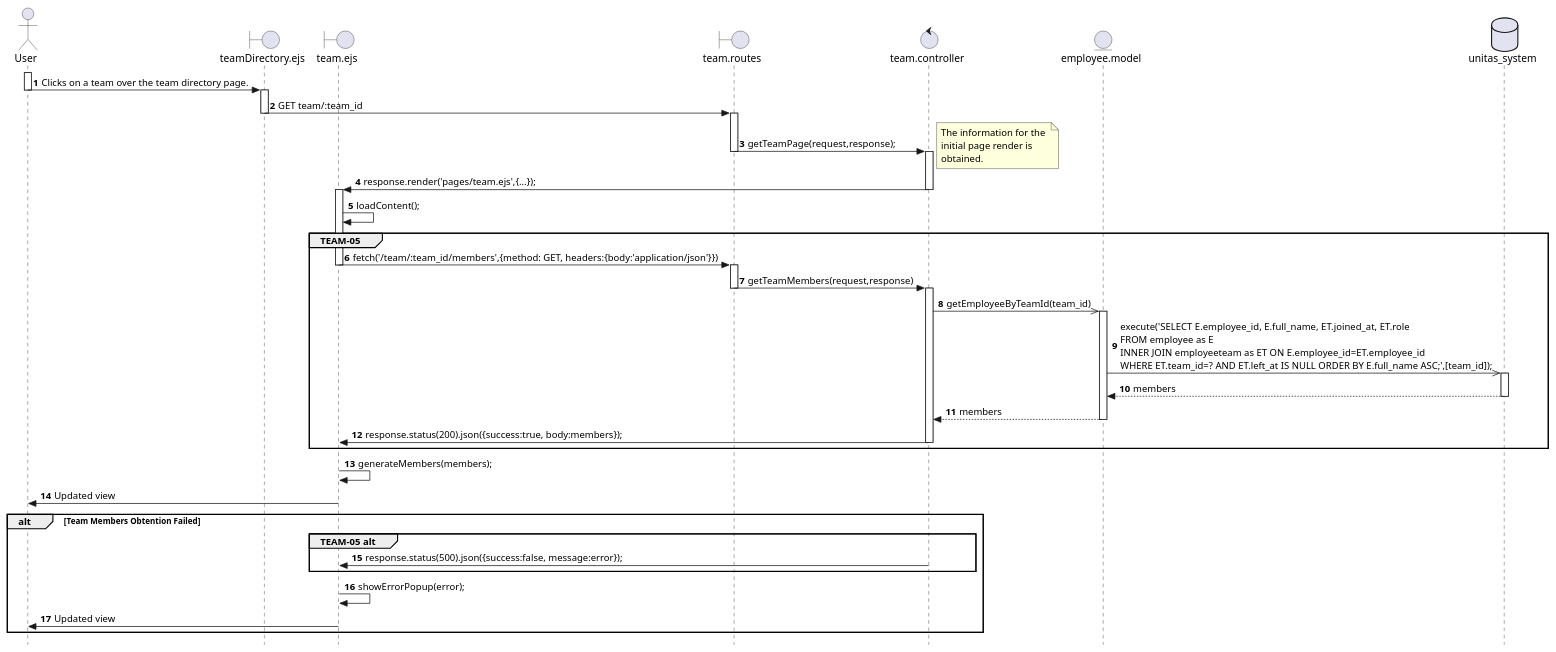
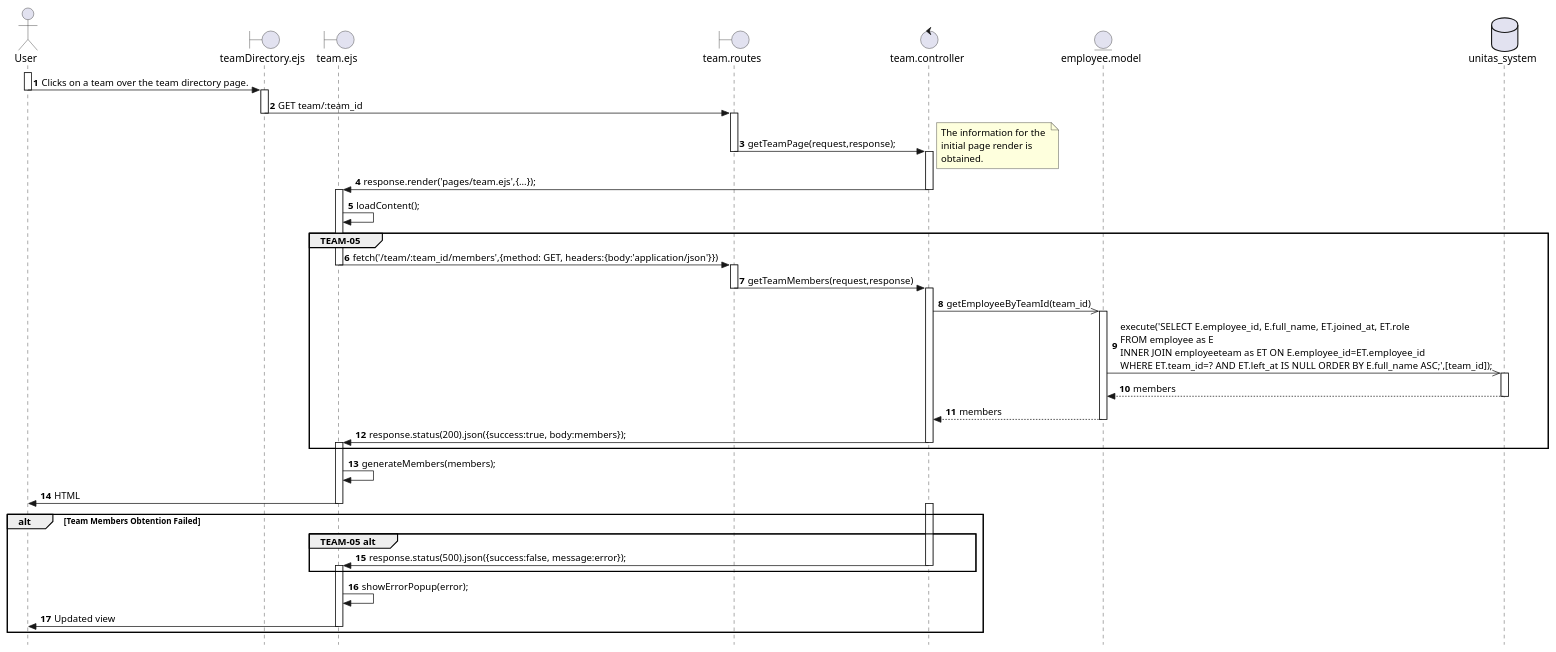
Before and after one commit to Berthou05/LimboSoftwareDevelopment_Change.org: the diagram in documentation/sequence_diagrams/TEAM-05-SD.puml, drawn with PlantUML. The commit also changed 14 other files, not shown here.

```diff
--- a/documentation/sequence_diagrams/TEAM-05-SD.puml
+++ b/documentation/sequence_diagrams/TEAM-05-SD.puml
@@ -1,73 +1,76 @@
 @startuml
 autonumber
 skinparam Style strictuml
 
 actor User as U
 boundary "teamDirectory.ejs" as PV
 boundary "team.ejs" as V
 boundary "team.routes" as RO
 control "team.controller" as C
 entity "employee.model" as P
 database "unitas_system" as BD
 
 autonumber
 
 activate U
 U->PV:Clicks on a team over the team directory page.
 deactivate U
     activate PV
     PV->RO: GET team/:team_id
     deactivate PV
         activate RO
         RO->C: getTeamPage(request,response);
         deactivate RO
             activate C
             note right
             The information for the 
             initial page render is 
             obtained.
             end note
             C->V:response.render('pages/team.ejs',{...});
             deactivate C
     activate V
     V->V:loadContent();
     group TEAM-05
     V->RO:fetch('/team/:team_id/members',{method: GET, headers:{body:'application/json'}})
     deactivate V
         activate RO
         RO->C:getTeamMembers(request,response)
         deactivate RO
         activate C
         C->>P:getEmployeeByTeamId(team_id)
             activate P
             P->>BD: execute('SELECT E.employee_id, E.full_name, ET.joined_at, ET.role \nFROM employee as E \nINNER JOIN employeeteam as ET ON E.employee_id=ET.employee_id \nWHERE ET.team_id=? AND ET.left_at IS NULL ORDER BY E.full_name ASC;',[team_id]);
                 activate BD
                 BD-->P:members
                 deactivate BD
             P-->C:members
             deactivate P
         C->V:response.status(200).json({success:true, body:members});
         deactivate C
+    activate V
         end group
-    activate V
+    
     V->V:generateMembers(members);
-    V->U:Updated view
+    V->U:HTML
     deactivate V
 
 alt Team Members Obtention Failed
+        activate C
     group TEAM-05 alt
         C->V:response.status(500).json({success:false, message:error});     
         deactivate C
+    activate V
     end group
-    activate V
+    
     V->V:showErrorPopup(error);
     V->U:Updated view
     deactivate V
 end
 
 
 
 
 
 
 @enduml
```
